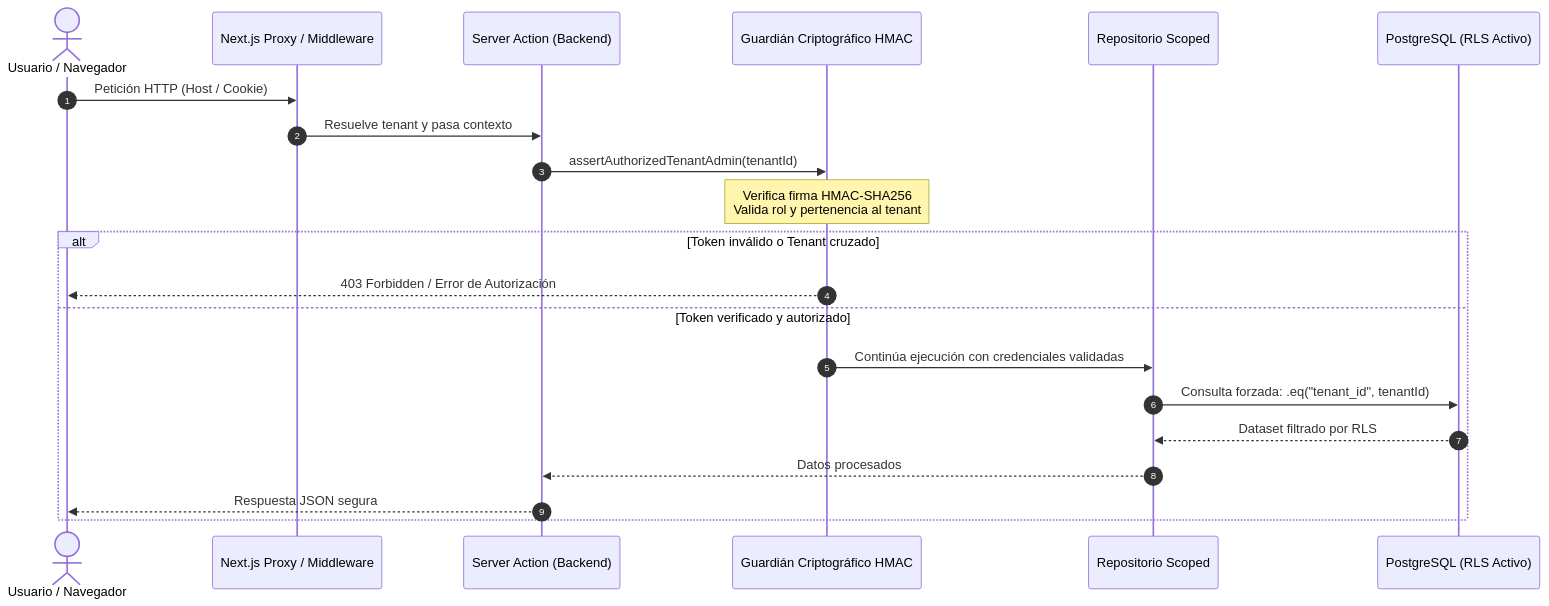
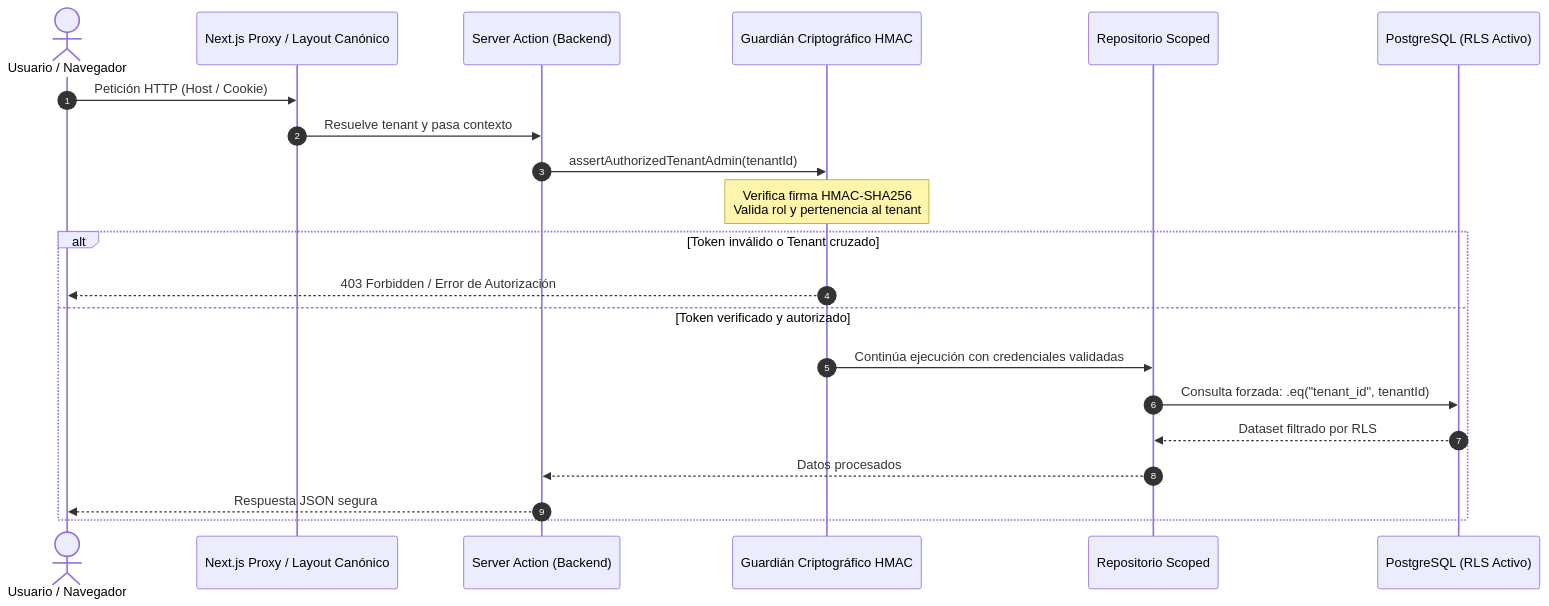
Before and after one commit to caxodax/Market: the second of 3 diagrams in ARCHITECTURE.md, drawn with Mermaid. The commit also changed other lines of this file and 4 other files, not shown here.

First line of the commit message:
docs: master knowledge base overhaul - comprehensive README, architecture, database dictionary, plugin specs & AI rules

````diff
--- a/ARCHITECTURE.md
+++ b/ARCHITECTURE.md
@@ -301,24 +266,24 @@
 ```mermaid
 sequenceDiagram
     autonumber
     actor Cliente as Usuario / Navegador
-    participant Proxy as Next.js Proxy / Middleware
+    participant Proxy as Next.js Proxy / Layout Canónico
     participant Action as Server Action (Backend)
     participant Auth as Guardián Criptográfico HMAC
     participant Repo as Repositorio Scoped
     participant DB as PostgreSQL (RLS Activo)
 
     Cliente->>Proxy: Petición HTTP (Host / Cookie)
     Proxy->>Action: Resuelve tenant y pasa contexto
     Action->>Auth: assertAuthorizedTenantAdmin(tenantId)
     Note over Auth: Verifica firma HMAC-SHA256<br/>Valida rol y pertenencia al tenant
     alt Token inválido o Tenant cruzado
         Auth-->>Cliente: 403 Forbidden / Error de Autorización
     else Token verificado y autorizado
         Auth->>Repo: Continúa ejecución con credenciales validadas
         Repo->>DB: Consulta forzada: .eq("tenant_id", tenantId)
         DB-->>Repo: Dataset filtrado por RLS
         Repo-->>Action: Datos procesados
         Action-->>Cliente: Respuesta JSON segura
     end
 ```
````
